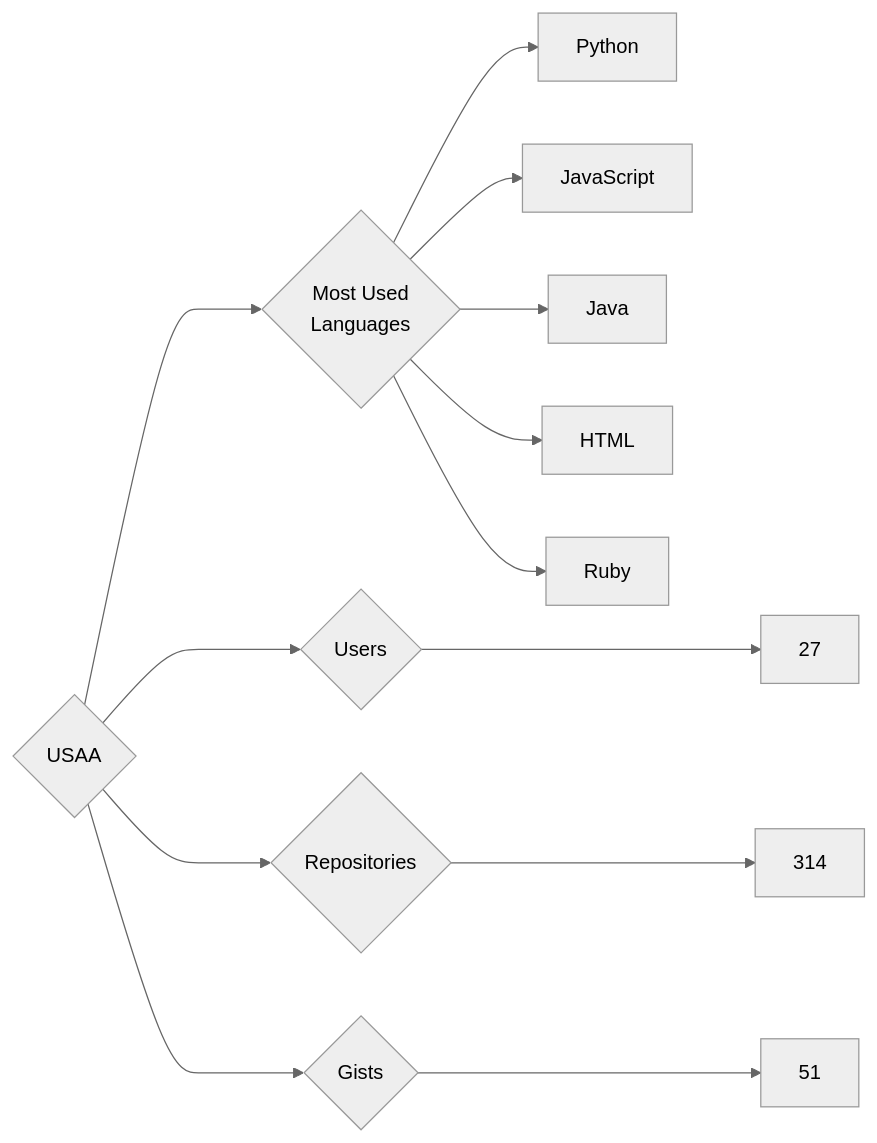
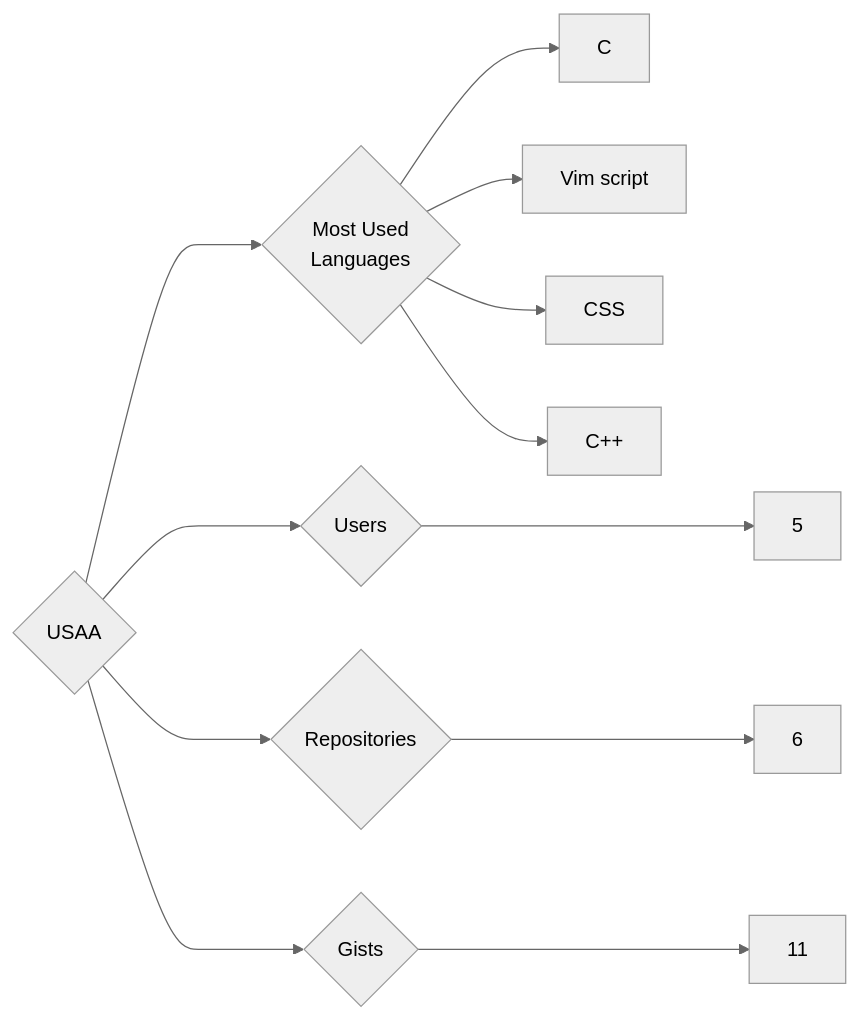
The diagram in targets/USAA/README.md (trickest/insiders), drawn with Mermaid (neutral theme) before and after one commit. The commit also changed 806 other files, not shown here.

````diff
--- a/targets/USAA/README.md
+++ b/targets/USAA/README.md
@@ -3,13 +3,12 @@
 ```mermaid
 graph LR
 COMPANY_NAME{USAA}
-COMPANY_NAME ---> U{Users} ---> UN[27]
-COMPANY_NAME ---> R{Repositories} ---> RN[314]
-COMPANY_NAME ---> G{Gists} ---> GN[51]
+COMPANY_NAME ---> U{Users} ---> UN[5]
+COMPANY_NAME ---> R{Repositories} ---> RN[6]
+COMPANY_NAME ---> G{Gists} ---> GN[11]
 COMPANY_NAME ---> ML{Most Used<br>Languages}
-ML --> Python[Python]
-ML --> JavaScript[JavaScript]
-ML --> Java[Java]
-ML --> HTML[HTML]
-ML --> Ruby[Ruby]
+ML --> C[C]
+ML --> Vim_script[Vim script]
+ML --> CSS[CSS]
+ML --> C++[C++]
 ```
````
